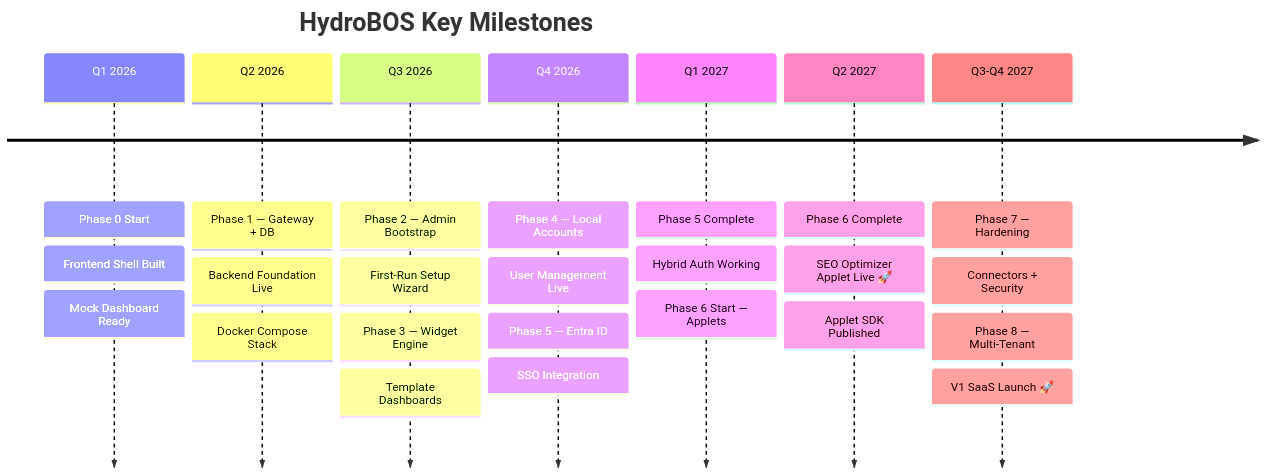
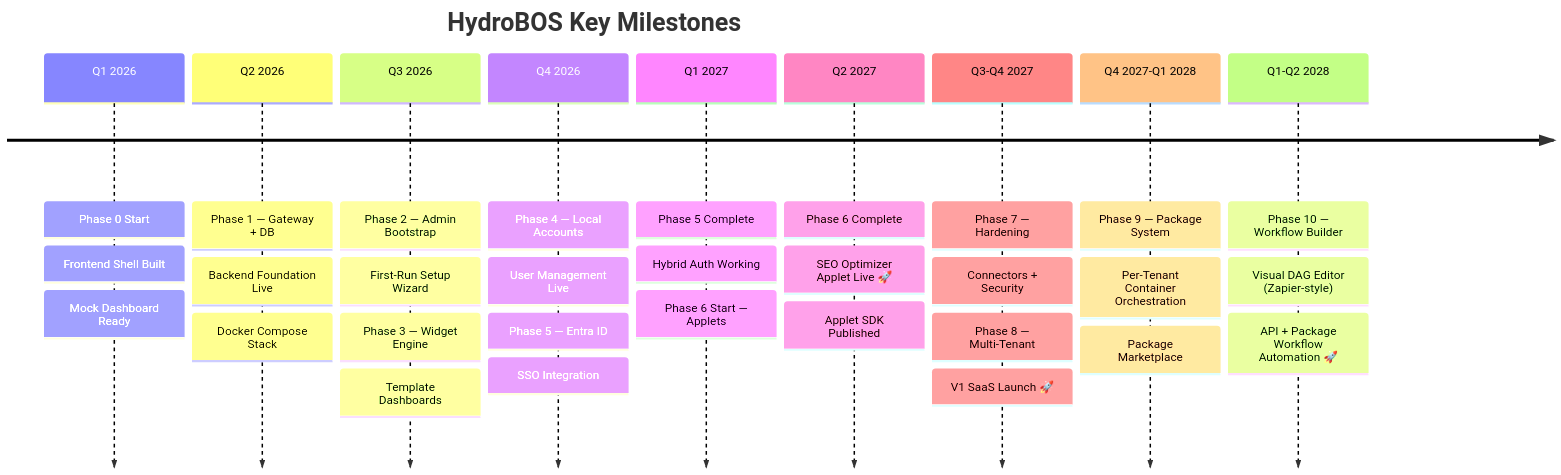
Diagram 12 of 13 in docs/02-roadmap.md (jrobinson-utahmmc/hydrobos), drawn with Mermaid before and after one commit. The commit also changed other lines of this file and 70 other files, not shown here.

````diff
--- a/docs/02-roadmap.md
+++ b/docs/02-roadmap.md
@@ -422,35 +528,43 @@
 ```mermaid
 timeline
     title HydroBOS Key Milestones
     
     Q1 2026 : Phase 0 Start
              : Frontend Shell Built
              : Mock Dashboard Ready
     
     Q2 2026 : Phase 1 — Gateway + DB
              : Backend Foundation Live
              : Docker Compose Stack
     
     Q3 2026 : Phase 2 — Admin Bootstrap
              : First-Run Setup Wizard
              : Phase 3 — Widget Engine
              : Template Dashboards
     
     Q4 2026 : Phase 4 — Local Accounts
              : User Management Live
              : Phase 5 — Entra ID
              : SSO Integration
     
     Q1 2027 : Phase 5 Complete
              : Hybrid Auth Working
              : Phase 6 Start — Applets
     
     Q2 2027 : Phase 6 Complete
              : SEO Optimizer Applet Live 🚀
              : Applet SDK Published
     
     Q3-Q4 2027 : Phase 7 — Hardening
                : Connectors + Security
                : Phase 8 — Multi-Tenant
                : V1 SaaS Launch 🚀
+    
+    Q4 2027-Q1 2028 : Phase 9 — Package System
+                     : Per-Tenant Container Orchestration
+                     : Package Marketplace
+    
+    Q1-Q2 2028 : Phase 10 — Workflow Builder
+               : Visual DAG Editor (Zapier-style)
+               : API + Package Workflow Automation 🚀
 ```
````
